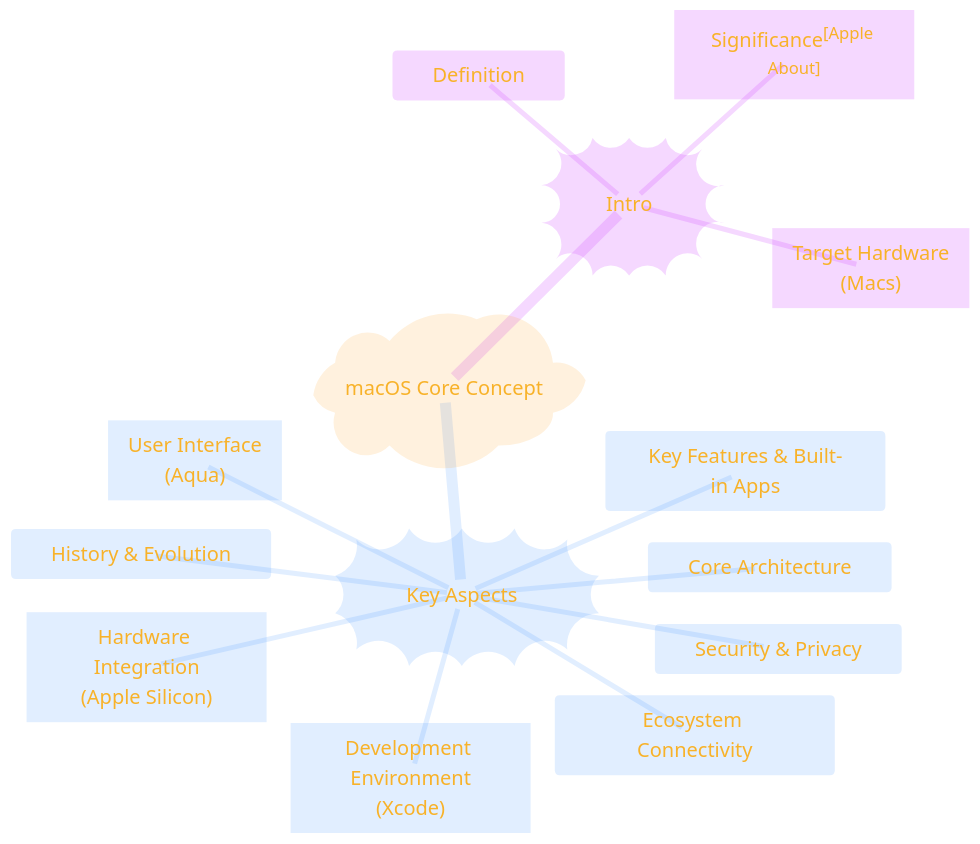
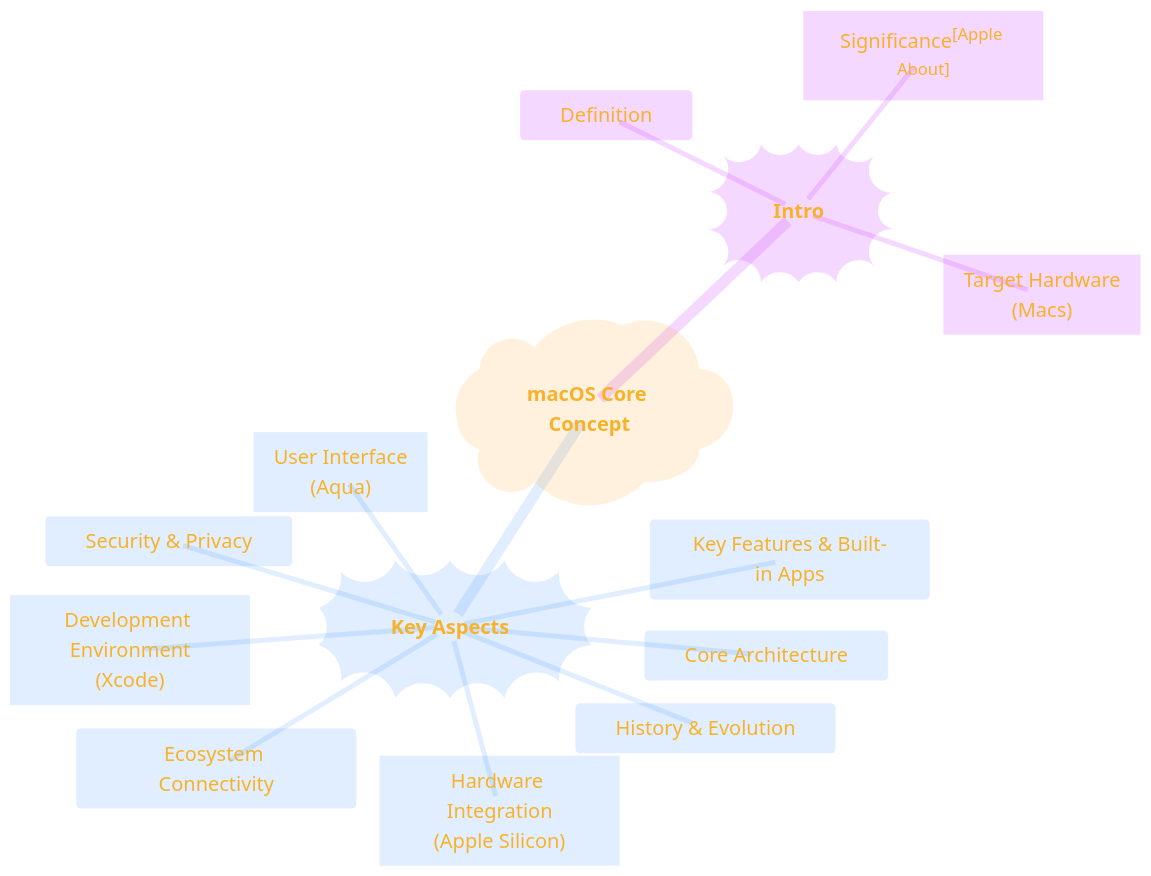
Before and after one commit to CongLeSolutionX/Digital-Bedrock-Landscape: the first of 9 diagrams in APPLE_FAMILY/macOS.md, drawn with Mermaid.

````diff
--- a/APPLE_FAMILY/macOS.md
+++ b/APPLE_FAMILY/macOS.md
@@ -39,50 +39,50 @@
 ```mermaid
 ---
 title: "What is macOS?"
 author: "Cong Le"
 version: "1.0"
 license(s): "MIT, CC BY 4.0"
 copyright: "Copyright (c) 2025 Cong Le. All Rights Reserved."
 config:
   theme: base
 ---
 %%%%%%%% Mermaid version v11.4.1-b.14
 %%{
   init: {
     'fontFamily': 'Andale Mono, monospace',
     "logLevel": "fatal",
     'mindmap': {
 	    'nodeAlign': 'center',
 	    'padding': 20
     },
     'flowchart': {
 	    'htmlLabels': true
     },
     'themeVariables': {
       'primaryColor': '#FC82',
       'primaryTextColor': '#F8B229',
       'primaryBorderColor': '#27AE60',
       'secondaryColor': '#EBF3',
       'secondaryTextColor': '#6C3483',
       'secondaryBorderColor': '#A569BD',
       'fontSize': '20px'
     }
   }
 }%%
 mindmap
-  root)"macOS Core Concept"(
+  root)"**macOS Core Concept**"(
     ::icon(fa fa-apple)
-    Intro))"Intro"((
+    Intro))"**Intro**"((
       Definition
       Significance["Significance<sup>[Apple About]</sup>"]
       Target_Hardware["Target Hardware<br/>(Macs)"]
-    Key_Aspects))"Key Aspects"((
+    Key_Aspects))"**Key Aspects**"((
       History & Evolution
       Core Architecture
       User_Interface["User Interface<br/>(Aqua)"]
       Key Features & Built-in Apps
       Development_Environment["Development Environment<br/>(Xcode)"]
       Security & Privacy
       Hardware_Integration["Hardware Integration<br/>(Apple Silicon)"]
       Ecosystem Connectivity
 ```
````
